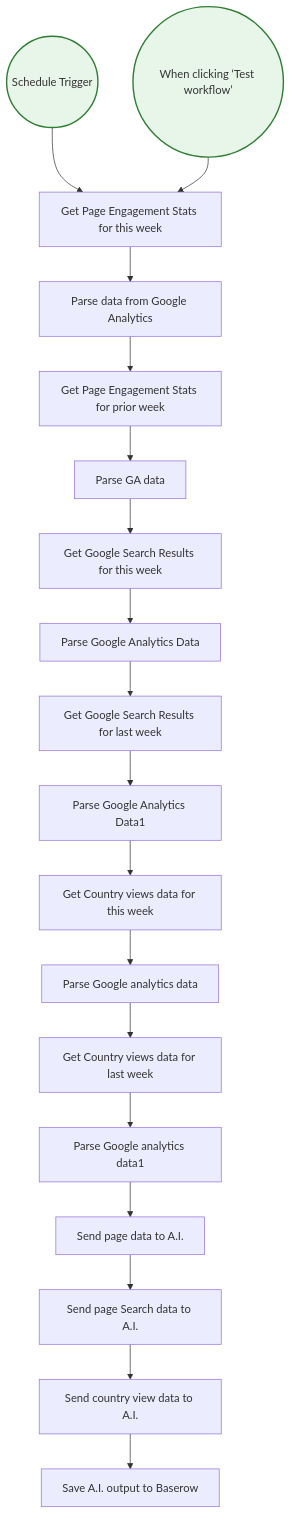
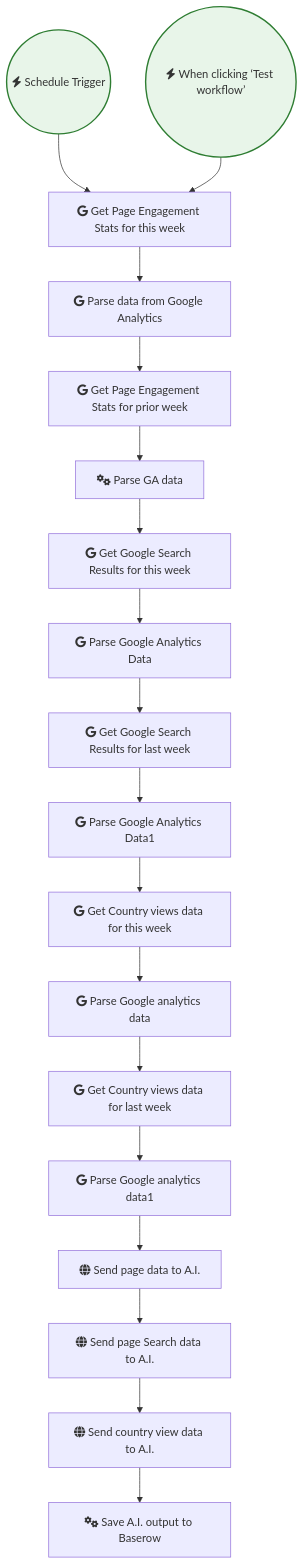
Before and after one commit to sreyash3105/N8N-DEMO-AUTOMATIONS: the diagram in AI_Research_RAG_and_Data_Analysis/Google Analytics Template.md, drawn with Mermaid. The commit also changed 291 other files, not shown here.

````diff
--- a/AI_Research_RAG_and_Data_Analysis/Google Analytics Template.md
+++ b/AI_Research_RAG_and_Data_Analysis/Google Analytics Template.md
@@ -1,43 +1,43 @@
 ```mermaid
 graph TD
     classDef trigger fill:#e8f5e9,stroke:#2e7d32,stroke-width:2px;
     classDef ai fill:#e3f2fd,stroke:#1565c0,stroke-width:2px;
     classDef logic fill:#fff3e0,stroke:#ef6c00,stroke-width:2px;
 
-    Schedule_Trigger(("Schedule Trigger")):::trigger
-    When_clicking__Test_workflow_(("When clicking ‘Test workflow’")):::trigger
-    Get_Page_Engagement_Stats_for_this_week["Get Page Engagement Stats for this week"]
-    Get_Page_Engagement_Stats_for_prior_week["Get Page Engagement Stats for prior week"]
-    Parse_data_from_Google_Analytics["Parse data from Google Analytics"]
-    Parse_GA_data["Parse GA data"]
-    Get_Google_Search_Results_for_this_week["Get Google Search Results for this week"]
-    Get_Google_Search_Results_for_last_week["Get Google Search Results for last week"]
-    Parse_Google_Analytics_Data["Parse Google Analytics Data"]
-    Parse_Google_Analytics_Data1["Parse Google Analytics Data1"]
-    Get_Country_views_data_for_this_week["Get Country views data for this week"]
-    Get_Country_views_data_for_last_week["Get Country views data for last week"]
-    Parse_Google_analytics_data["Parse Google analytics data"]
-    Parse_Google_analytics_data1["Parse Google analytics data1"]
-    Send_page_data_to_A_I_["Send page data to A.I."]
-    Send_page_Search_data_to_A_I_["Send page Search data to A.I."]
-    Send_country_view_data_to_A_I_["Send country view data to A.I."]
-    Save_A_I__output_to_Baserow["Save A.I. output to Baserow"]
+    Schedule_Trigger(("fas:fa-bolt Schedule Trigger")):::trigger
+    When_clicking__Test_workflow_(("fas:fa-bolt When clicking ‘Test workflow’")):::trigger
+    Get_Page_Engagement_Stats_for_this_week["fab:fa-google Get Page Engagement Stats for this week"]
+    Get_Page_Engagement_Stats_for_prior_week["fab:fa-google Get Page Engagement Stats for prior week"]
+    Parse_data_from_Google_Analytics["fab:fa-google Parse data from Google Analytics"]
+    Parse_GA_data["fas:fa-cogs Parse GA data"]
+    Get_Google_Search_Results_for_this_week["fab:fa-google Get Google Search Results for this week"]
+    Get_Google_Search_Results_for_last_week["fab:fa-google Get Google Search Results for last week"]
+    Parse_Google_Analytics_Data["fab:fa-google Parse Google Analytics Data"]
+    Parse_Google_Analytics_Data1["fab:fa-google Parse Google Analytics Data1"]
+    Get_Country_views_data_for_this_week["fab:fa-google Get Country views data for this week"]
+    Get_Country_views_data_for_last_week["fab:fa-google Get Country views data for last week"]
+    Parse_Google_analytics_data["fab:fa-google Parse Google analytics data"]
+    Parse_Google_analytics_data1["fab:fa-google Parse Google analytics data1"]
+    Send_page_data_to_A_I_["fas:fa-globe Send page data to A.I."]
+    Send_page_Search_data_to_A_I_["fas:fa-globe Send page Search data to A.I."]
+    Send_country_view_data_to_A_I_["fas:fa-globe Send country view data to A.I."]
+    Save_A_I__output_to_Baserow["fas:fa-cogs Save A.I. output to Baserow"]
 
     Parse_GA_data --> Get_Google_Search_Results_for_this_week
     Schedule_Trigger --> Get_Page_Engagement_Stats_for_this_week
     Send_page_data_to_A_I_ --> Send_page_Search_data_to_A_I_
     Parse_Google_Analytics_Data --> Get_Google_Search_Results_for_last_week
     Parse_Google_analytics_data --> Get_Country_views_data_for_last_week
     Parse_Google_Analytics_Data1 --> Get_Country_views_data_for_this_week
     Parse_Google_analytics_data1 --> Send_page_data_to_A_I_
     Send_page_Search_data_to_A_I_ --> Send_country_view_data_to_A_I_
     Send_country_view_data_to_A_I_ --> Save_A_I__output_to_Baserow
     Parse_data_from_Google_Analytics --> Get_Page_Engagement_Stats_for_prior_week
     When_clicking__Test_workflow_ --> Get_Page_Engagement_Stats_for_this_week
     Get_Country_views_data_for_last_week --> Parse_Google_analytics_data1
     Get_Country_views_data_for_this_week --> Parse_Google_analytics_data
     Get_Google_Search_Results_for_last_week --> Parse_Google_Analytics_Data1
     Get_Google_Search_Results_for_this_week --> Parse_Google_Analytics_Data
     Get_Page_Engagement_Stats_for_this_week --> Parse_data_from_Google_Analytics
     Get_Page_Engagement_Stats_for_prior_week --> Parse_GA_data
 ```
````
